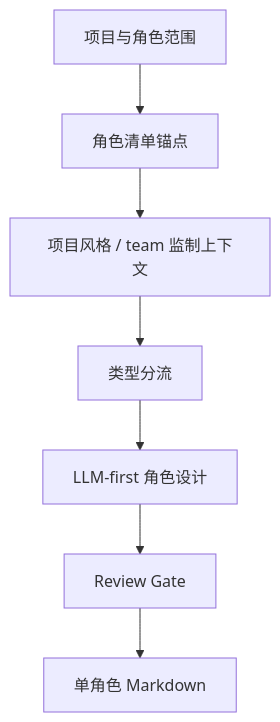
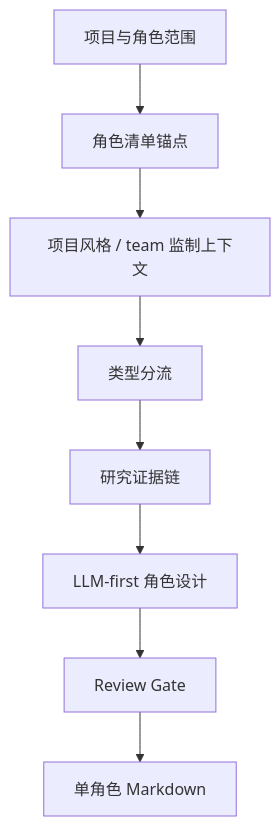
The diagram in .agents/skills/aigc/5-设计/角色/2-设计/README.md (ZEN-VOID/AI-CUT), drawn with Mermaid before and after one commit. The commit also changed other lines of this file and 526 other files, not shown here.

````diff
--- a/.agents/skills/aigc/5-设计/角色/2-设计/README.md
+++ b/.agents/skills/aigc/5-设计/角色/2-设计/README.md
@@ -40,9 +41,10 @@
 ```mermaid
 flowchart TD
     A["项目与角色范围"] --> B["角色清单锚点"]
     B --> C["项目风格 / team 监制上下文"]
     C --> D["类型分流"]
-    D --> E["LLM-first 角色设计"]
-    E --> F["Review Gate"]
-    F --> G["单角色 Markdown"]
+    D --> E["研究证据链"]
+    E --> F["LLM-first 角色设计"]
+    F --> G["Review Gate"]
+    G --> H["单角色 Markdown"]
 ```
````
